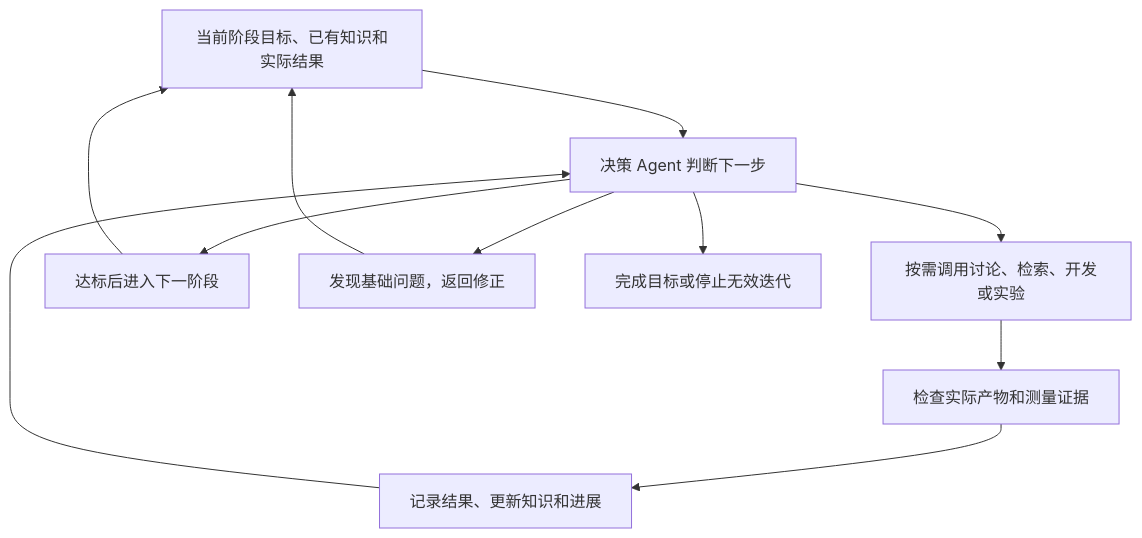
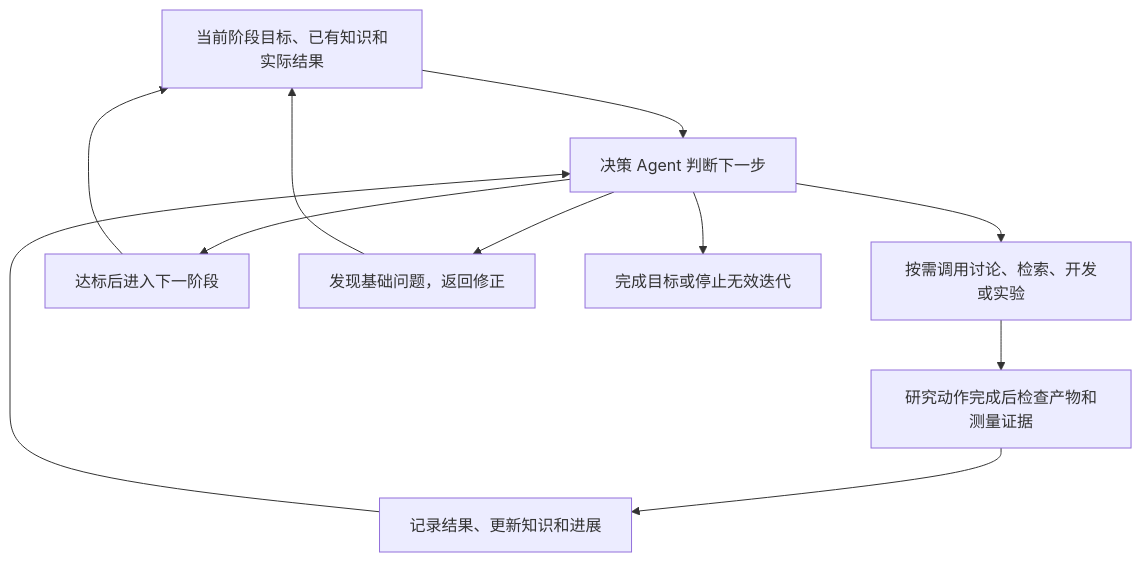
The first of 2 diagrams in docs/plans/research-flow-v2.md (CCDawn/Vibelution), drawn with Mermaid before and after one commit. The commit also changed other lines of this file, not shown here.

````diff
--- a/docs/plans/research-flow-v2.md
+++ b/docs/plans/research-flow-v2.md
@@ -40,13 +42,13 @@
 ```mermaid
 flowchart TD
     A[当前阶段目标、已有知识和实际结果] --> B[决策 Agent 判断下一步]
     B --> C[按需调用讨论、检索、开发或实验]
-    C --> D[检查实际产物和测量证据]
+    C --> D[研究动作完成后检查产物和测量证据]
     D --> E[记录结果、更新知识和进展]
     E --> B
     B --> F[达标后进入下一阶段]
     B --> G[发现基础问题，返回修正]
     F --> A
     G --> A
     B --> H[完成目标或停止无效迭代]
 ```
````
